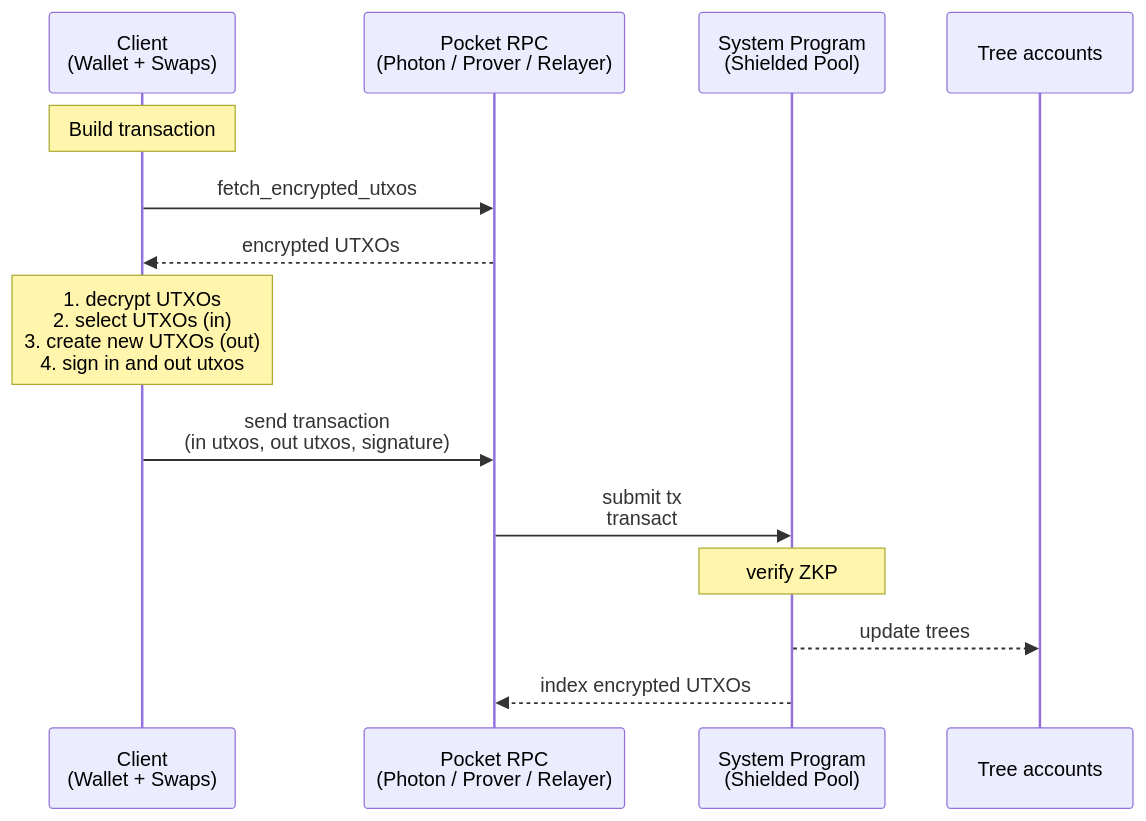
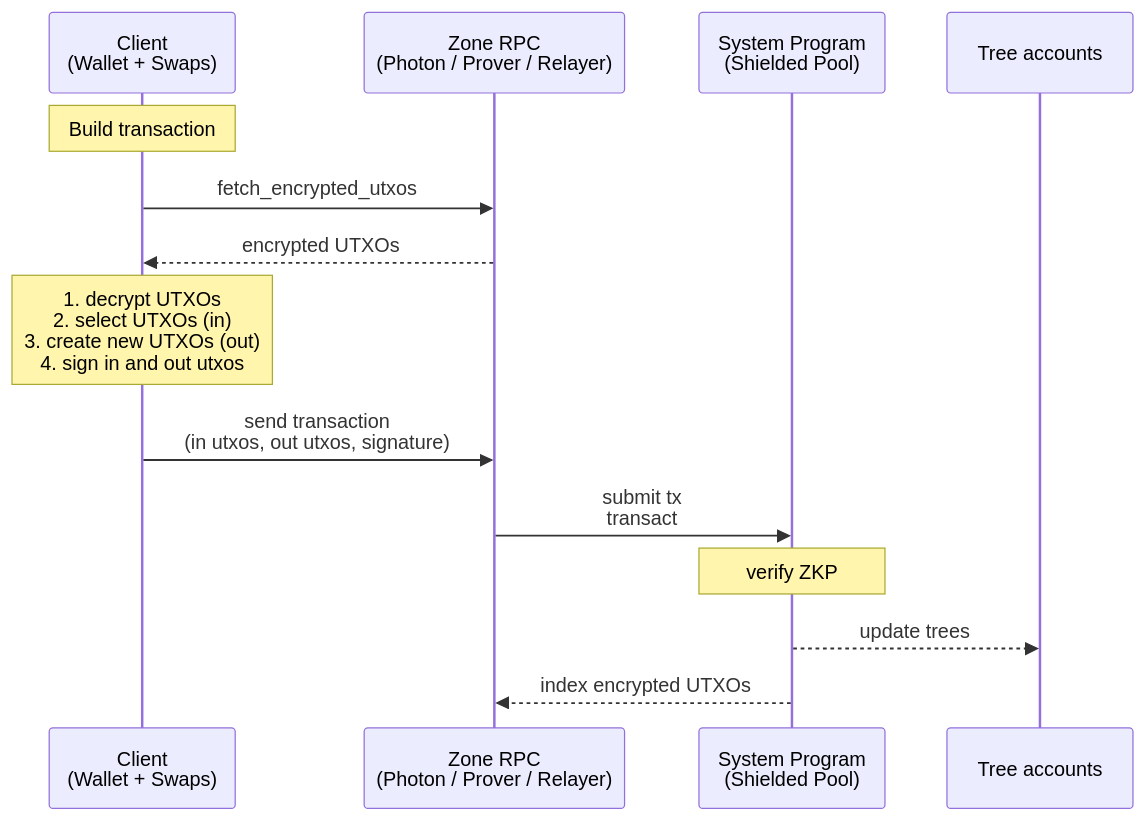
Before and after one commit to helius-labs/zolana: the first of 5 diagrams in docs/spec.md, drawn with Mermaid. The commit also changed other lines of this file, not shown here.

First line of the commit message:
docs(spec): rename pocket→zone, Shielded Pool Program→Solana Privacy Program, policy program→zone program

````diff
--- a/docs/spec.md
+++ b/docs/spec.md
@@ -188,18 +188,18 @@
 ```mermaid
 sequenceDiagram
     participant Client as Client<br>(Wallet + Swaps)
-    participant PocketRPC as Pocket RPC<br>(Photon / Prover / Relayer)
+    participant ZoneRPC as Zone RPC<br>(Photon / Prover / Relayer)
     participant System as System Program<br>(Shielded Pool)
     participant Trees as Tree accounts
 
     Note over Client: Build transaction
-    Client->>PocketRPC: fetch_encrypted_utxos
-    PocketRPC-->>Client: encrypted UTXOs
+    Client->>ZoneRPC: fetch_encrypted_utxos
+    ZoneRPC-->>Client: encrypted UTXOs
     Note over Client: 1. decrypt UTXOs <br> 2. select UTXOs (in) <br> 3. create new UTXOs (out) <br> 4. sign in and out utxos
-    Client->>PocketRPC: send transaction <br>(in utxos, out utxos, signature)
-    PocketRPC->>System: submit tx<br>transact
+    Client->>ZoneRPC: send transaction <br>(in utxos, out utxos, signature)
+    ZoneRPC->>System: submit tx<br>transact
 
     Note over System: verify ZKP
     System-->>Trees: update trees
-    System-->>PocketRPC: index encrypted UTXOs
+    System-->>ZoneRPC: index encrypted UTXOs
 ```
````
